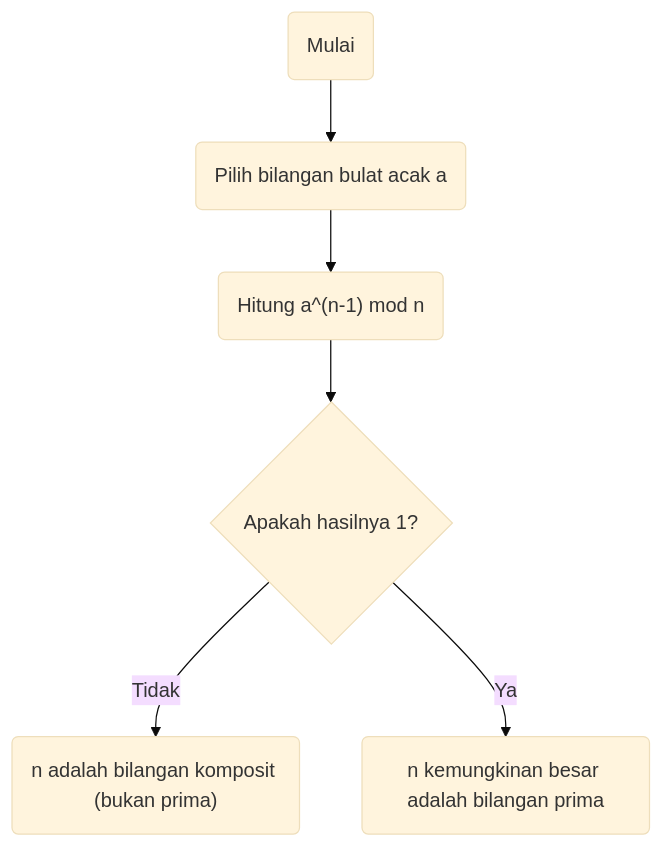
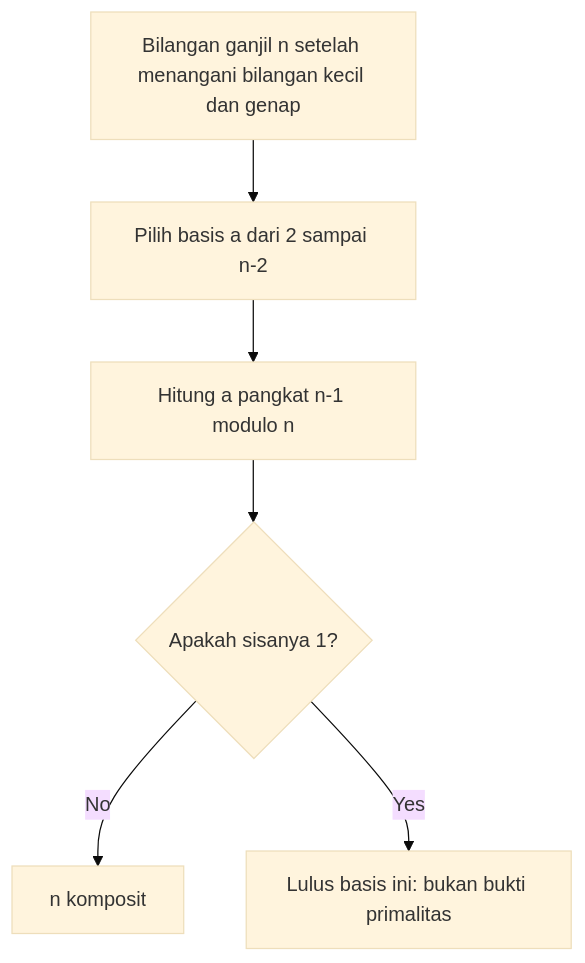
The first of 2 diagrams in content/post/fermats-little-theorem/index.id.md (kenjinote/blog), drawn with Mermaid (base theme) before and after one commit. The commit also changed other lines of this file and 5 other files, not shown here.

````diff
--- a/content/post/fermats-little-theorem/index.id.md
+++ b/content/post/fermats-little-theorem/index.id.md
@@ -84,8 +56,8 @@
 ```mermaid
 flowchart TD
-    Start("Mulai") --> ChooseA("Pilih bilangan bulat acak a")
-    ChooseA --> Calc("Hitung a^(n-1) mod n")
-    Calc --> Check{"Apakah hasilnya 1?"}
-    Check -- "Tidak" --> Composite("n adalah bilangan komposit (bukan prima)")
-    Check -- "Ya" --> ProbPrime("n kemungkinan besar adalah bilangan prima")
+    Input["Bilangan ganjil n setelah menangani bilangan kecil dan genap"] --> Choose["Pilih basis a dari 2 sampai n-2"]
+    Choose --> Calc["Hitung a pangkat n-1 modulo n"]
+    Calc --> Check{"Apakah sisanya 1?"}
+    Check -- No --> Composite["n komposit"]
+    Check -- Yes --> Pass["Lulus basis ini: bukan bukti primalitas"]
 ```
````
